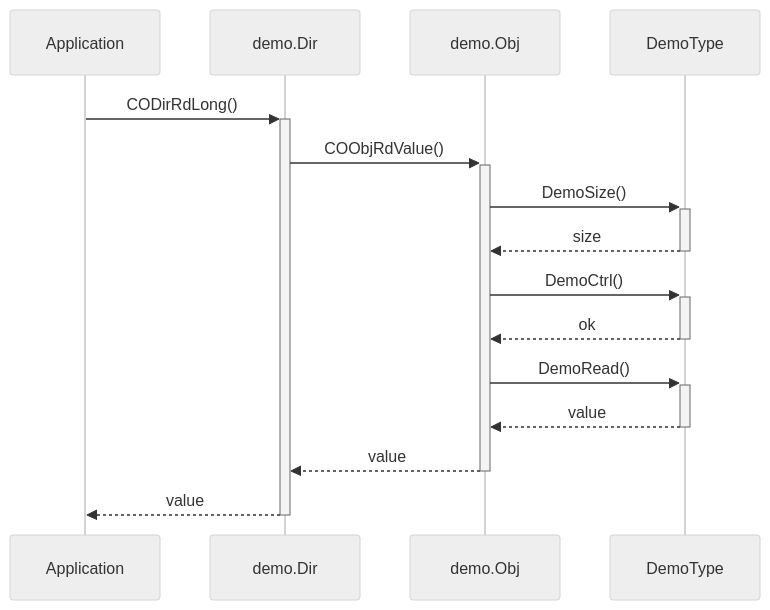
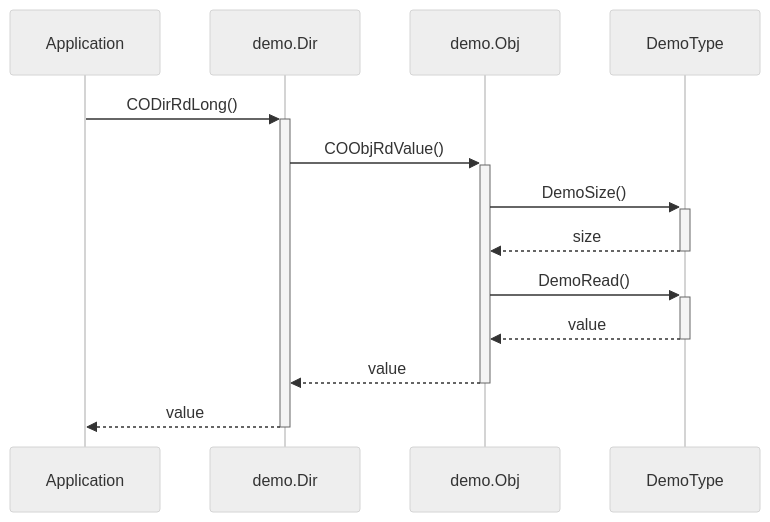
The third of 3 diagrams in website/docs/usage/dictionary.md (embedded-office/canopen-website), drawn with Mermaid (neutral theme) before and after one commit. The commit also changed other lines of this file and 11 other files, not shown here.

````diff
--- a/website/docs/usage/dictionary.md
+++ b/website/docs/usage/dictionary.md
@@ -223,17 +239,15 @@
 ```mermaid
 sequenceDiagram
   participant A as Application
   participant D as demo.Dir
   participant O as demo.Obj
   participant T as DemoType
   A->>+D: CODirRdLong()
   D->>+O: COObjRdValue()
   O->>+T: DemoSize()
   T-->>-O: size
-  O->>+T: DemoCtrl()
-  T-->>-O: ok
   O->>+T: DemoRead()
   T-->>-O: value
   O-->>-D: value
   D-->>-A: value
 ```
````
